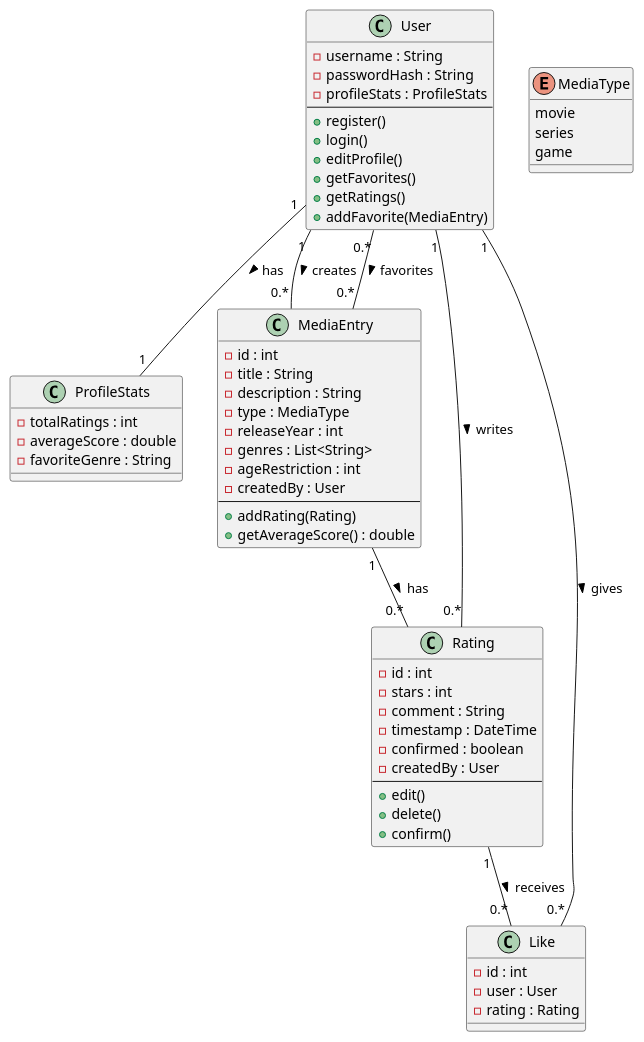
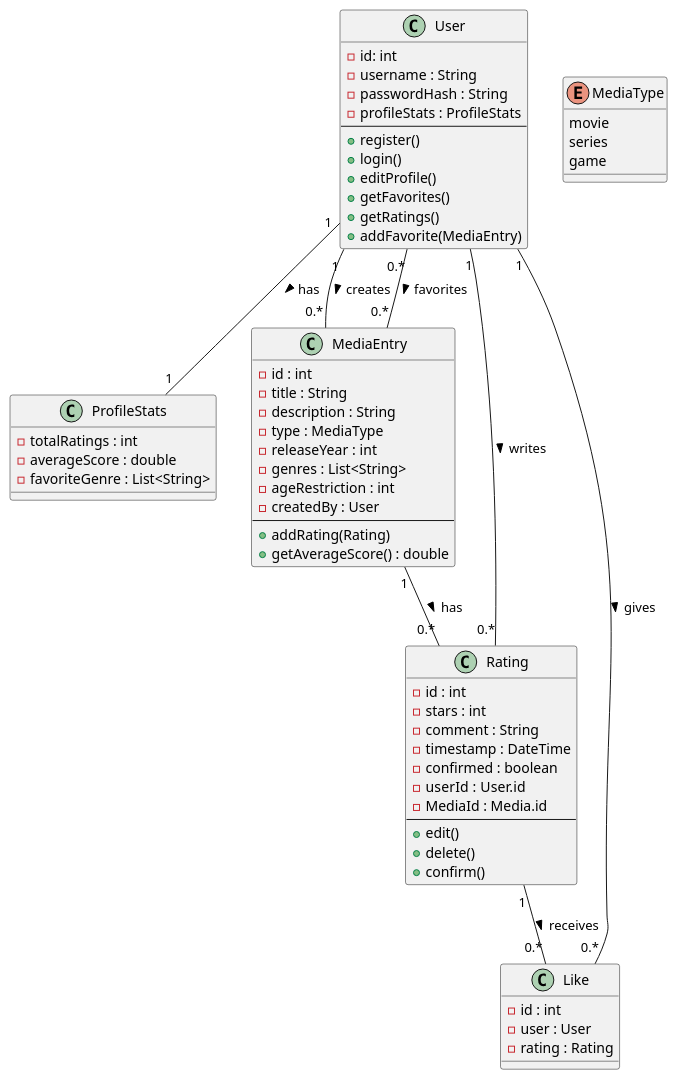
One commit to PrawdaMax/MediaRatingsPlassform changed the diagram in MediaRatingsPlattform/src/main/java/Diagram.puml. Above: the diagram before and after it, drawn with PlantUML. The commit also changed 13 other files, not shown here.

```diff
--- a/MediaRatingsPlattform/src/main/java/Diagram.puml
+++ b/MediaRatingsPlattform/src/main/java/Diagram.puml
@@ -1,68 +1,70 @@
 @startuml
 class User {
+    - id: int
     - username : String
     - passwordHash : String
     - profileStats : ProfileStats
     --
     + register()
     + login()
     + editProfile()
     + getFavorites()
     + getRatings()
     + addFavorite(MediaEntry)
 }
 
 class ProfileStats {
     - totalRatings : int
     - averageScore : double
-    - favoriteGenre : String
+    - favoriteGenre : List<String>
 }
 
 class MediaEntry {
     - id : int
     - title : String
     - description : String
     - type : MediaType
     - releaseYear : int
     - genres : List<String>
     - ageRestriction : int
     - createdBy : User
     --
     + addRating(Rating)
     + getAverageScore() : double
 }
 
 enum MediaType {
     movie
     series
     game
 }
 
 class Rating {
     - id : int
     - stars : int
     - comment : String
     - timestamp : DateTime
     - confirmed : boolean
-    - createdBy : User
+    - userId : User.id
+    - MediaId : Media.id
     --
     + edit()
     + delete()
     + confirm()
 }
 
 class Like {
     - id : int
     - user : User
     - rating : Rating
 }
 
 ' Relationships
 User "1" -- "0.*" MediaEntry : creates >
 User "1" -- "0.*" Rating : writes >
 User "1" -- "0.*" Like : gives >
 User "0.*" -- "0.*" MediaEntry : favorites >
 MediaEntry "1" -- "0.*" Rating : has >
 Rating "1" -- "0.*" Like : receives >
 User "1" -- "1" ProfileStats : has >
 @enduml
```
